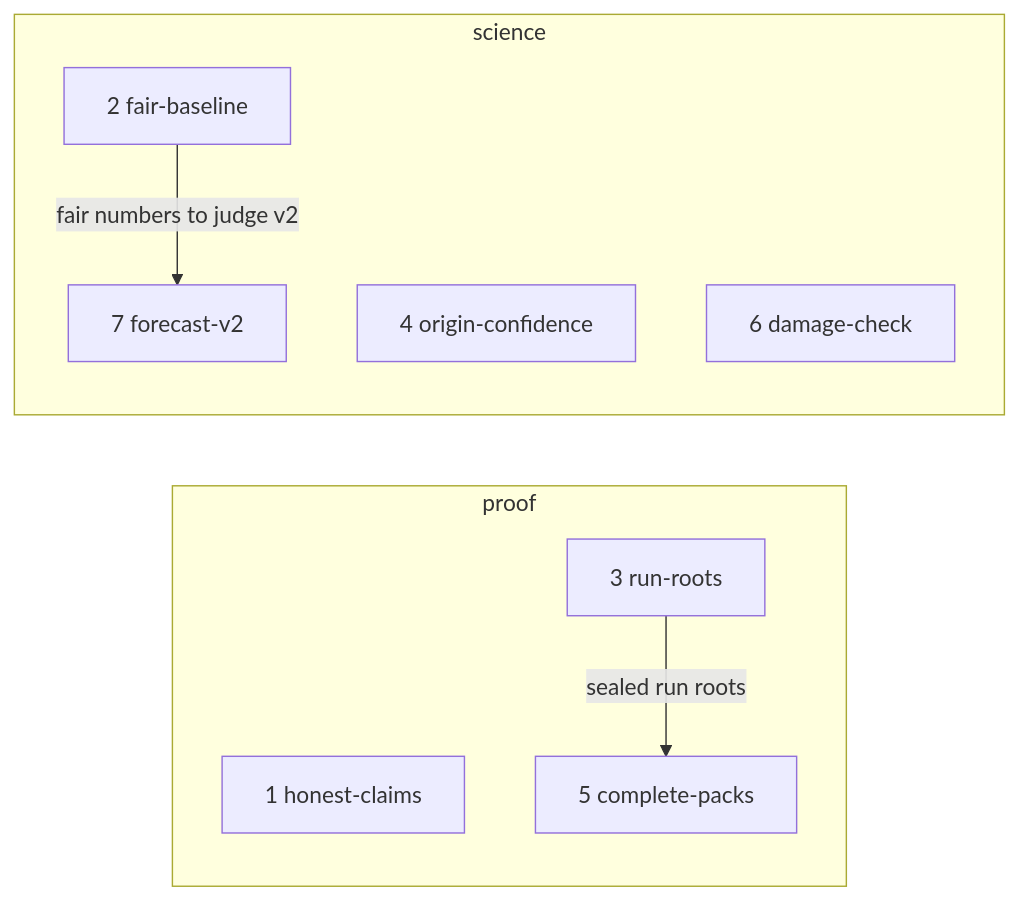
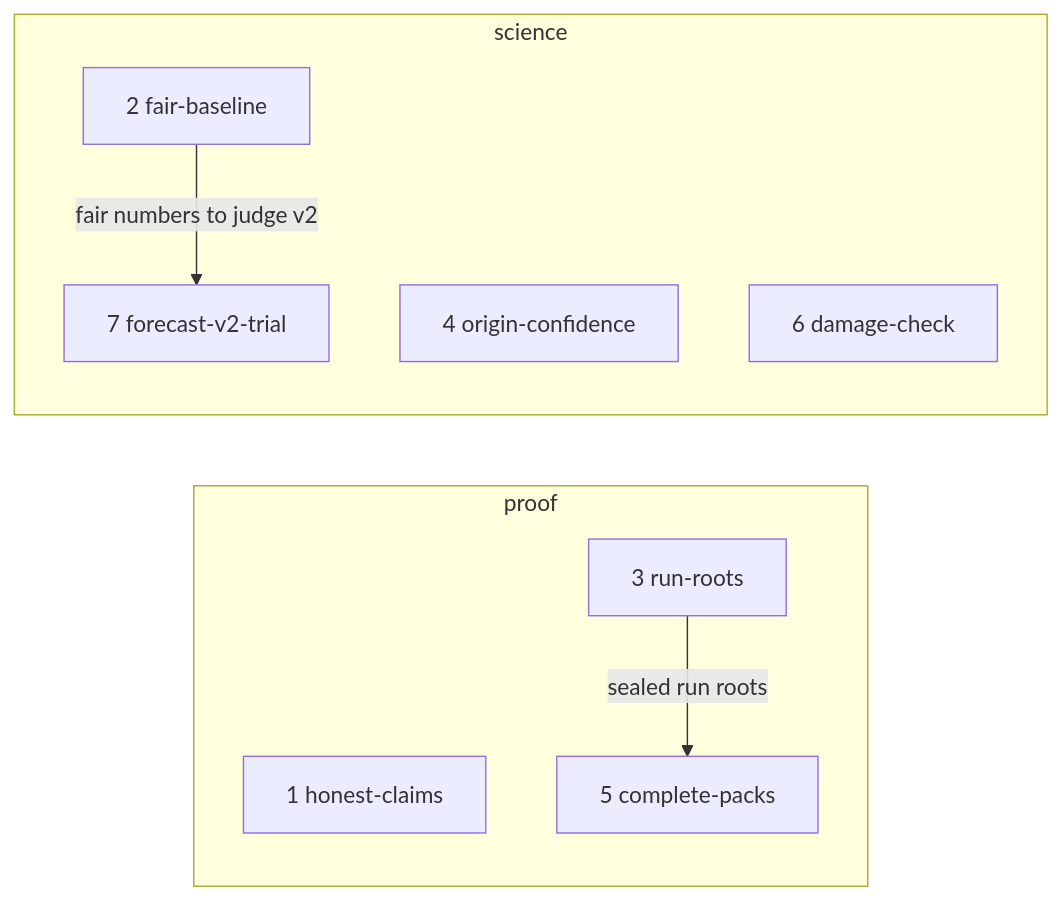
Before and after one commit to dzaffren/fire-watch: the second of 2 diagrams in docs/specs/judge-review/shape.md, drawn with Mermaid. The commit also changed other lines of this file and 2 other files, not shown here.

Commit message:
docs(spec): rename forecast-v2 to forecast-v2-trial for the spec gate

````diff
--- a/docs/specs/judge-review/shape.md
+++ b/docs/specs/judge-review/shape.md
@@ -43,12 +43,12 @@
 ```mermaid
 flowchart LR
     subgraph proof
         S1[1 honest-claims]
         S3[3 run-roots] -- "sealed run roots" --> S5[5 complete-packs]
     end
     subgraph science
-        S2[2 fair-baseline] -- "fair numbers to judge v2" --> S7[7 forecast-v2]
+        S2[2 fair-baseline] -- "fair numbers to judge v2" --> S7[7 forecast-v2-trial]
         S4[4 origin-confidence]
         S6[6 damage-check]
     end
 ```
````
